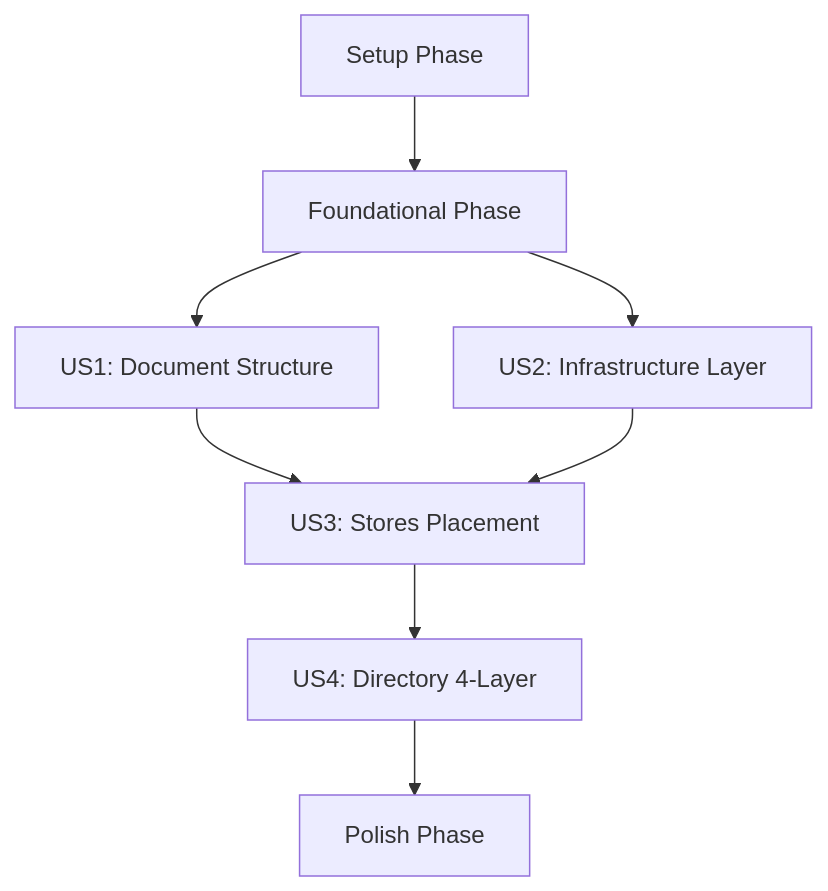
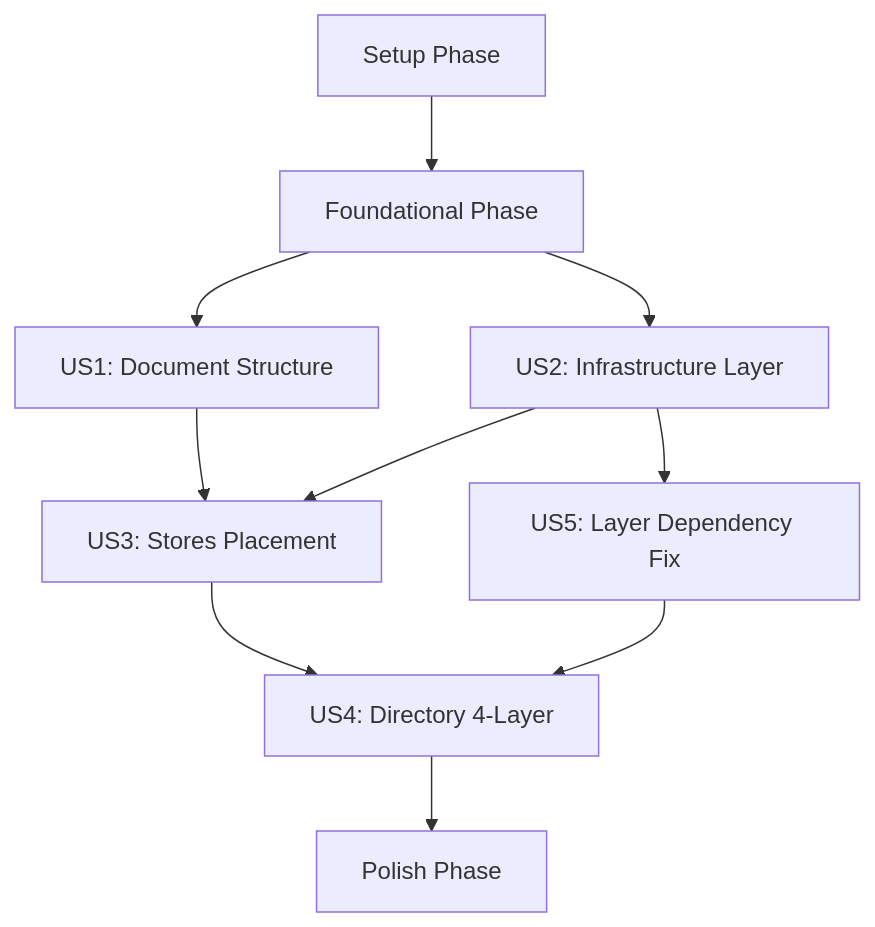
Before and after one commit to okmethod/ygo-solitaire: the diagram in specs/005-4-layer-clean-arch/tasks.md, drawn with Mermaid. The commit also changed other lines of this file and 1 other file, not shown here.

````diff
--- a/specs/005-4-layer-clean-arch/tasks.md
+++ b/specs/005-4-layer-clean-arch/tasks.md
@@ -23,10 +23,12 @@
 ```mermaid
 graph TD
     Setup[Setup Phase] --> Foundational[Foundational Phase]
     Foundational --> US1[US1: Document Structure]
     Foundational --> US2[US2: Infrastructure Layer]
     US1 --> US3[US3: Stores Placement]
     US2 --> US3
+    US2 --> US5[US5: Layer Dependency Fix]
     US3 --> US4[US4: Directory 4-Layer]
+    US5 --> US4
     US4 --> Polish[Polish Phase]
 ```
````
